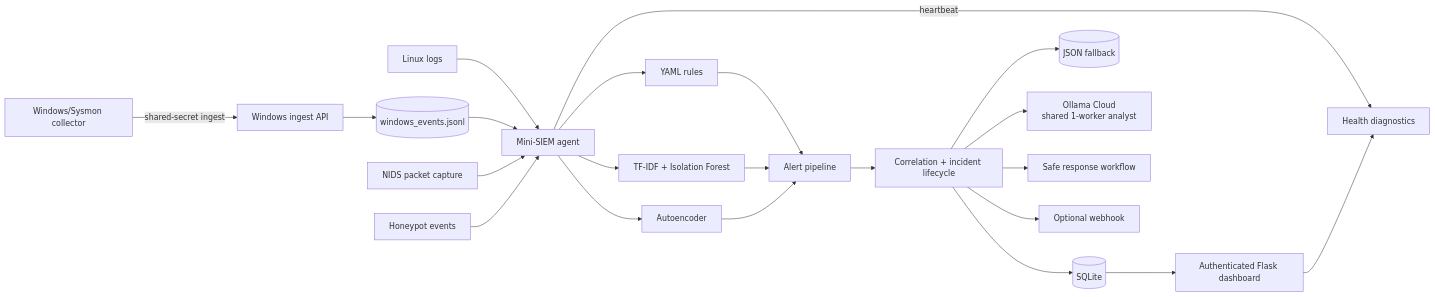
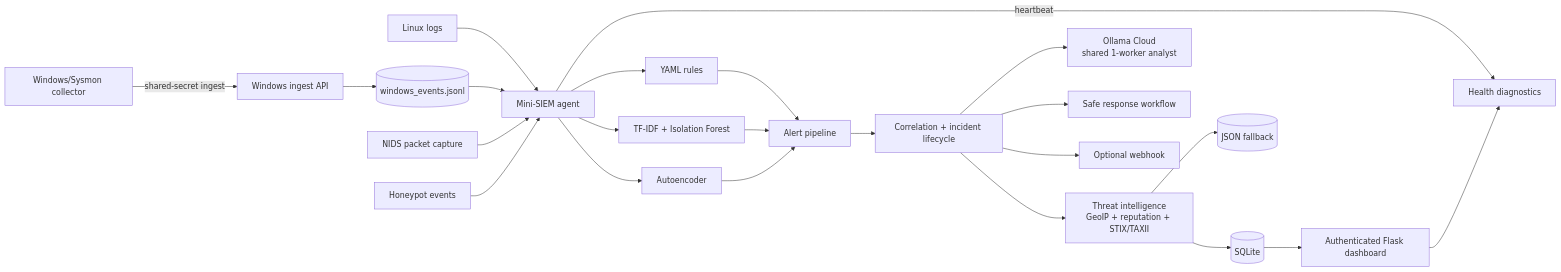
The diagram in README.md (zenniskayy2k4/Mini-SIEM), drawn with Mermaid before and after one commit. The commit also changed other lines of this file and 3 other files, not shown here.

````diff
--- a/README.md
+++ b/README.md
@@ -31,27 +33,28 @@
 ```mermaid
 flowchart LR
     Linux[Linux logs] --> Agent[Mini-SIEM agent]
     Windows[Windows/Sysmon collector] -->|shared-secret ingest| Ingest[Windows ingest API]
     Ingest --> WinFile[(windows_events.jsonl)]
     WinFile --> Agent
     NIDS[NIDS packet capture] --> Agent
     Honey[Honeypot events] --> Agent
 
     Agent --> Rules[YAML rules]
     Agent --> NLP[TF-IDF + Isolation Forest]
     Agent --> AE[Autoencoder]
     Rules --> Pipeline[Alert pipeline]
     NLP --> Pipeline
     AE --> Pipeline
 
     Pipeline --> Correlation[Correlation + incident lifecycle]
-    Correlation --> SQLite[(SQLite)]
-    Correlation --> JSON[(JSON fallback)]
+    Correlation --> TI["Threat intelligence<br/>GeoIP + reputation + STIX/TAXII"]
+    TI --> SQLite[(SQLite)]
+    TI --> JSON[(JSON fallback)]
     Correlation --> AI["Ollama Cloud<br/>shared 1-worker analyst"]
     Correlation --> Response[Safe response workflow]
     Correlation --> Webhook[Optional webhook]
 
     SQLite --> UI[Authenticated Flask dashboard]
     Agent -->|heartbeat| Health[Health diagnostics]
     UI --> Health
 ```
````
